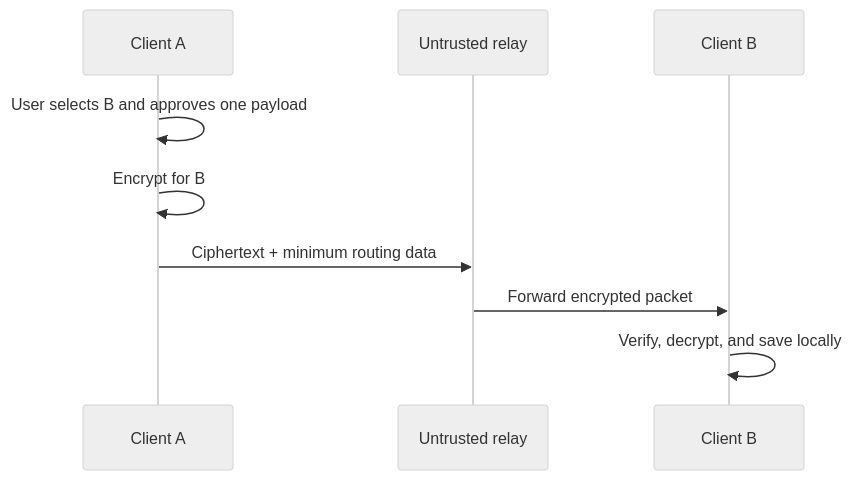
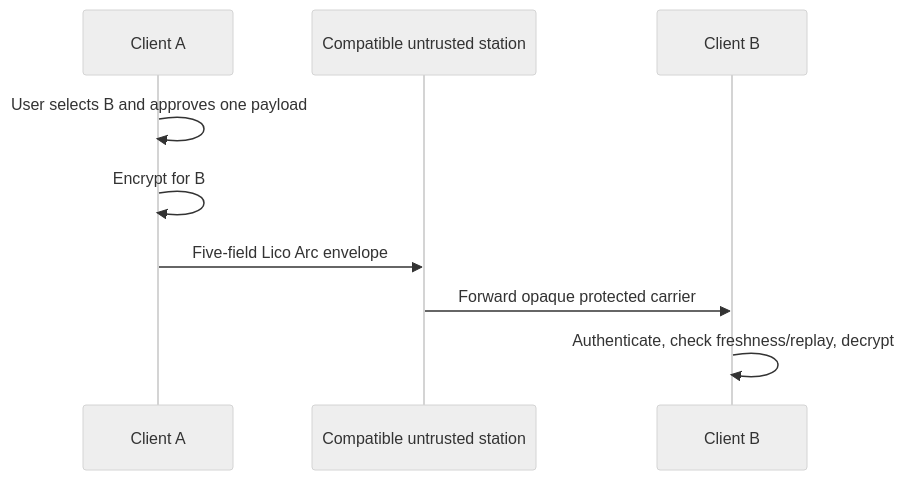
Before and after one commit to LicoLand/LicoUp: the third of 3 diagrams in docs/architecture/README.md, drawn with Mermaid (neutral theme). The commit also changed other lines of this file and 1363 other files, not shown here.

````diff
--- a/docs/architecture/README.md
+++ b/docs/architecture/README.md
@@ -170,11 +212,11 @@
 ```mermaid
 sequenceDiagram
     participant A as Client A
-    participant R as Untrusted relay
+    participant R as Compatible untrusted station
     participant B as Client B
     A->>A: User selects B and approves one payload
     A->>A: Encrypt for B
-    A->>R: Ciphertext + minimum routing data
-    R->>B: Forward encrypted packet
-    B->>B: Verify, decrypt, and save locally
+    A->>R: Five-field Lico Arc envelope
+    R->>B: Forward opaque protected carrier
+    B->>B: Authenticate, check freshness/replay, decrypt
 ```
````
